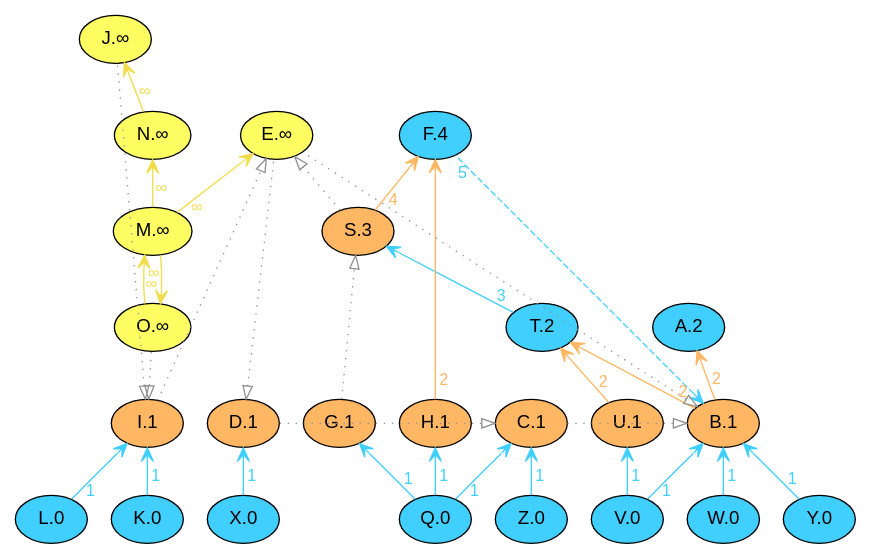
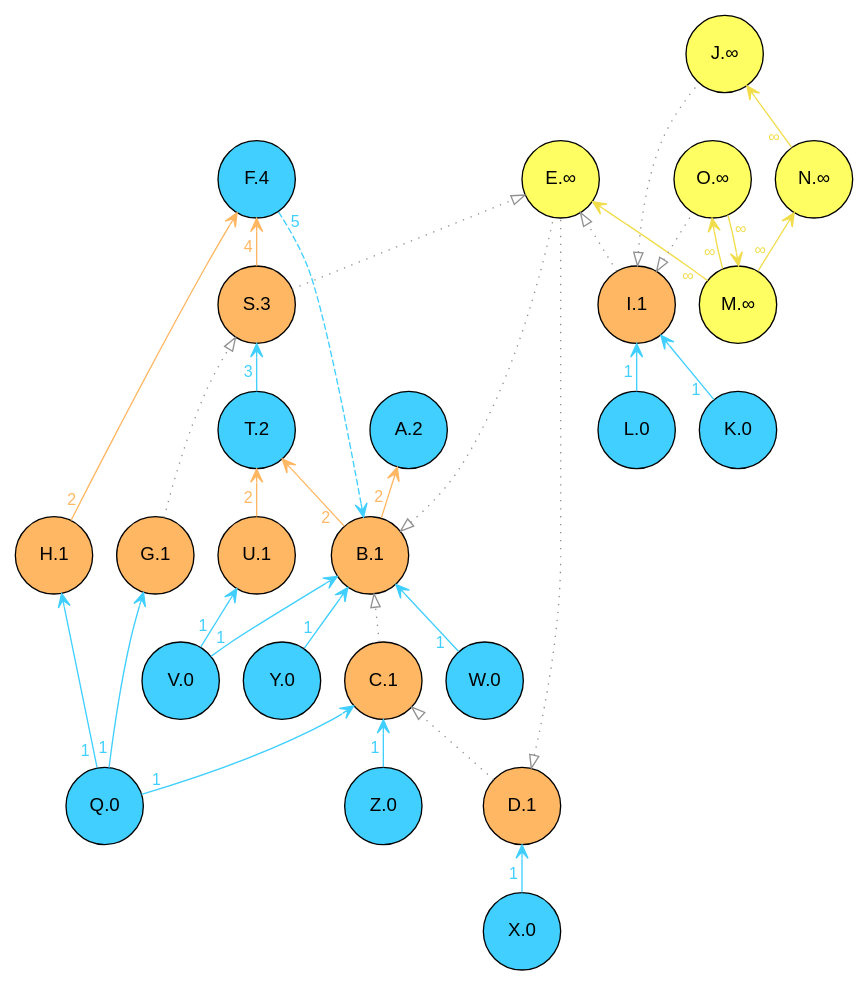
The diagram in temp/layout.dot (xai-ca/xray), drawn with Graphviz before and after one commit. The commit also changed 2 other files, not shown here.

Commit message:
change the node shape

```diff
--- a/temp/layout.dot
+++ b/temp/layout.dot
@@ -1,68 +1,63 @@
 digraph {
-layout=neato 
-node [fontname = "helvetica"] 
+layout=dot 
+node [fontname = "helvetica"  shape=circle fixedsize=true width=0.8, height=0.8] 
   edge [fontname = "helvetica"] 
- rankdir=TB  // Node defaults can be set here if needed
-    "A" [style="filled" fillcolor="#40cfff" label="A.2" fontsize=14 pos="7.0139,2.25!"]
-    "F" [style="filled" fillcolor="#40cfff" label="F.4" fontsize=14 pos="4.375,4.25!"]
-    "K" [style="filled" fillcolor="#40cfff" label="K.0" fontsize=14 pos="1.375,0.25!"]
-    "L" [style="filled" fillcolor="#40cfff" label="L.0" fontsize=14 pos="0.375,0.25!"]
-    "Q" [style="filled" fillcolor="#40cfff" label="Q.0" fontsize=14 pos="4.375,0.25!"]
-    "T" [style="filled" fillcolor="#40cfff" label="T.2" fontsize=14 pos="5.4861,2.25!"]
-    "V" [style="filled" fillcolor="#40cfff" label="V.0" fontsize=14 pos="6.375,0.25!"]
-    "W" [style="filled" fillcolor="#40cfff" label="W.0" fontsize=14 pos="7.375,0.25!"]
-    "X" [style="filled" fillcolor="#40cfff" label="X.0" fontsize=14 pos="2.375,0.25!"]
-    "Y" [style="filled" fillcolor="#40cfff" label="Y.0" fontsize=14 pos="8.375,0.25!"]
-    "Z" [style="filled" fillcolor="#40cfff" label="Z.0" fontsize=14 pos="5.375,0.25!"]
-    "E" [style="filled" fillcolor="#FEFE62" label="E.∞" fontsize=14 pos="2.7222,4.25!"]
-    "J" [style="filled" fillcolor="#FEFE62" label="J.∞" fontsize=14 pos="1.0417,5.25!"]
-    "M" [style="filled" fillcolor="#FEFE62" label="M.∞" fontsize=14 pos="1.4306,3.25!"]
-    "N" [style="filled" fillcolor="#FEFE62" label="N.∞" fontsize=14 pos="1.4306,4.25!"]
-    "O" [style="filled" fillcolor="#FEFE62" label="O.∞" fontsize=14 pos="1.4306,2.25!"]
-    "B" [style="filled" fillcolor="#ffb763" label="B.1" fontsize=14 pos="7.375,1.25!"]
-    "C" [style="filled" fillcolor="#ffb763" label="C.1" fontsize=14 pos="5.375,1.25!"]
-    "D" [style="filled" fillcolor="#ffb763" label="D.1" fontsize=14 pos="2.375,1.25!"]
-    "G" [style="filled" fillcolor="#ffb763" label="G.1" fontsize=14 pos="3.375,1.25!"]
-    "H" [style="filled" fillcolor="#ffb763" label="H.1" fontsize=14 pos="4.375,1.25!"]
-    "I" [style="filled" fillcolor="#ffb763" label="I.1" fontsize=14 pos="1.375,1.25!"]
-    "S" [style="filled" fillcolor="#ffb763" label="S.3" fontsize=14 pos="3.5694,3.25!"]
-    "U" [style="filled" fillcolor="#ffb763" label="U.1" fontsize=14 pos="6.375,1.25!"]
+ rankdir=BT  // Node defaults can be set here if needed
+    "A" [style="filled" fillcolor="#40cfff" label="A.2" fontsize=14 ]
+    "F" [style="filled" fillcolor="#40cfff" label="F.4" fontsize=14 ]
+    "K" [style="filled" fillcolor="#40cfff" label="K.0" fontsize=14 ]
+    "L" [style="filled" fillcolor="#40cfff" label="L.0" fontsize=14 ]
+    "Q" [style="filled" fillcolor="#40cfff" label="Q.0" fontsize=14 ]
+    "T" [style="filled" fillcolor="#40cfff" label="T.2" fontsize=14 ]
+    "V" [style="filled" fillcolor="#40cfff" label="V.0" fontsize=14 ]
+    "W" [style="filled" fillcolor="#40cfff" label="W.0" fontsize=14 ]
+    "X" [style="filled" fillcolor="#40cfff" label="X.0" fontsize=14 ]
+    "Y" [style="filled" fillcolor="#40cfff" label="Y.0" fontsize=14 ]
+    "Z" [style="filled" fillcolor="#40cfff" label="Z.0" fontsize=14 ]
+    "E" [style="filled" fillcolor="#FEFE62" label="E.∞" fontsize=14 ]
+    "J" [style="filled" fillcolor="#FEFE62" label="J.∞" fontsize=14 ]
+    "M" [style="filled" fillcolor="#FEFE62" label="M.∞" fontsize=14 ]
+    "N" [style="filled" fillcolor="#FEFE62" label="N.∞" fontsize=14 ]
+    "O" [style="filled" fillcolor="#FEFE62" label="O.∞" fontsize=14 ]
+    "B" [style="filled" fillcolor="#ffb763" label="B.1" fontsize=14 ]
+    "C" [style="filled" fillcolor="#ffb763" label="C.1" fontsize=14 ]
+    "D" [style="filled" fillcolor="#ffb763" label="D.1" fontsize=14 ]
+    "G" [style="filled" fillcolor="#ffb763" label="G.1" fontsize=14 ]
+    "H" [style="filled" fillcolor="#ffb763" label="H.1" fontsize=14 ]
+    "I" [style="filled" fillcolor="#ffb763" label="I.1" fontsize=14 ]
+    "S" [style="filled" fillcolor="#ffb763" label="S.3" fontsize=14 ]
+    "U" [style="filled" fillcolor="#ffb763" label="U.1" fontsize=14 ]
     edge[labeldistance=1.5 fontsize=12]
     "B" -> "A" [color="#ffb763" style="solid"fontcolor="#ffb763"arrowtail="vee"arrowhead="vee"taillabel="2"]
     "B" -> "T" [color="#ffb763" style="solid"fontcolor="#ffb763"arrowtail="vee"arrowhead="vee"taillabel="2"]
     "C" -> "B" [color="#919191" style="dotted"fontcolor="#919191"arrowtail="onormal"arrowhead="onormal"taillabel=""]
     "D" -> "C" [color="#919191" style="dotted"fontcolor="#919191"arrowtail="onormal"arrowhead="onormal"taillabel=""]
     "B" -> "E" [dir=back color="#919191" style= "dotted"fontcolor="#919191"arrowtail="onormal"arrowhead="onormal"headlabel=""]
     "D" -> "E" [dir=back color="#919191" style= "dotted"fontcolor="#919191"arrowtail="onormal"arrowhead="onormal"headlabel=""]
     "B" -> "F" [dir=back color="#40cfff" style= "dashed"fontcolor="#40cfff"arrowtail="vee"arrowhead="vee"headlabel="5"]
     "G" -> "S" [color="#919191" style="dotted"fontcolor="#919191"arrowtail="onormal"arrowhead="onormal"taillabel=""]
     "H" -> "F" [color="#ffb763" style="solid"fontcolor="#ffb763"arrowtail="vee"arrowhead="vee"taillabel="2"]
     "I" -> "E" [color="#919191" style="dotted"fontcolor="#919191"arrowtail="onormal"arrowhead="onormal"taillabel=""]
     "I" -> "J" [dir=back color="#919191" style= "dotted"fontcolor="#919191"arrowtail="onormal"arrowhead="onormal"headlabel=""]
     "K" -> "I" [color="#40cfff" style="solid"fontcolor="#40cfff"arrowtail="vee"arrowhead="vee"taillabel="1"]
     "L" -> "I" [color="#40cfff" style="solid"fontcolor="#40cfff"arrowtail="vee"arrowhead="vee"taillabel="1"]
     "M" -> "E" [color="#f1dd4b" style="solid"fontcolor="#f1dd4b"arrowtail="vee"arrowhead="vee"taillabel="∞"]
     "M" -> "O" [color="#f1dd4b" style="solid"fontcolor="#f1dd4b"arrowtail="vee"arrowhead="vee"taillabel="∞"]
     "M" -> "N" [color="#f1dd4b" style="solid"fontcolor="#f1dd4b"arrowtail="vee"arrowhead="vee"taillabel="∞"]
     "N" -> "J" [color="#f1dd4b" style="solid"fontcolor="#f1dd4b"arrowtail="vee"arrowhead="vee"taillabel="∞"]
     "I" -> "O" [dir=back color="#919191" style= "dotted"fontcolor="#919191"arrowtail="onormal"arrowhead="onormal"headlabel=""]
     "O" -> "M" [color="#f1dd4b" style="solid"fontcolor="#f1dd4b"arrowtail="vee"arrowhead="vee"taillabel="∞"]
     "Q" -> "G" [color="#40cfff" style="solid"fontcolor="#40cfff"arrowtail="vee"arrowhead="vee"taillabel="1"]
     "Q" -> "H" [color="#40cfff" style="solid"fontcolor="#40cfff"arrowtail="vee"arrowhead="vee"taillabel="1"]
     "Q" -> "C" [color="#40cfff" style="solid"fontcolor="#40cfff"arrowtail="vee"arrowhead="vee"taillabel="1"]
     "S" -> "E" [color="#919191" style="dotted"fontcolor="#919191"arrowtail="onormal"arrowhead="onormal"taillabel=""]
     "S" -> "F" [color="#ffb763" style="solid"fontcolor="#ffb763"arrowtail="vee"arrowhead="vee"taillabel="4"]
     "T" -> "S" [color="#40cfff" style="solid"fontcolor="#40cfff"arrowtail="vee"arrowhead="vee"taillabel="3"]
     "U" -> "T" [color="#ffb763" style="solid"fontcolor="#ffb763"arrowtail="vee"arrowhead="vee"taillabel="2"]
     "V" -> "B" [color="#40cfff" style="solid"fontcolor="#40cfff"arrowtail="vee"arrowhead="vee"taillabel="1"]
     "V" -> "U" [color="#40cfff" style="solid"fontcolor="#40cfff"arrowtail="vee"arrowhead="vee"taillabel="1"]
     "W" -> "B" [color="#40cfff" style="solid"fontcolor="#40cfff"arrowtail="vee"arrowhead="vee"taillabel="1"]
     "X" -> "D" [color="#40cfff" style="solid"fontcolor="#40cfff"arrowtail="vee"arrowhead="vee"taillabel="1"]
     "Y" -> "B" [color="#40cfff" style="solid"fontcolor="#40cfff"arrowtail="vee"arrowhead="vee"taillabel="1"]
     "Z" -> "C" [color="#40cfff" style="solid"fontcolor="#40cfff"arrowtail="vee"arrowhead="vee"taillabel="1"]
-    {rank = same K L Q V W X Y Z}
-    {rank = same U H G I D C B}
-    {rank = same A T}
-    // {rank = same S}
-    // {rank = same F}
 }
```
